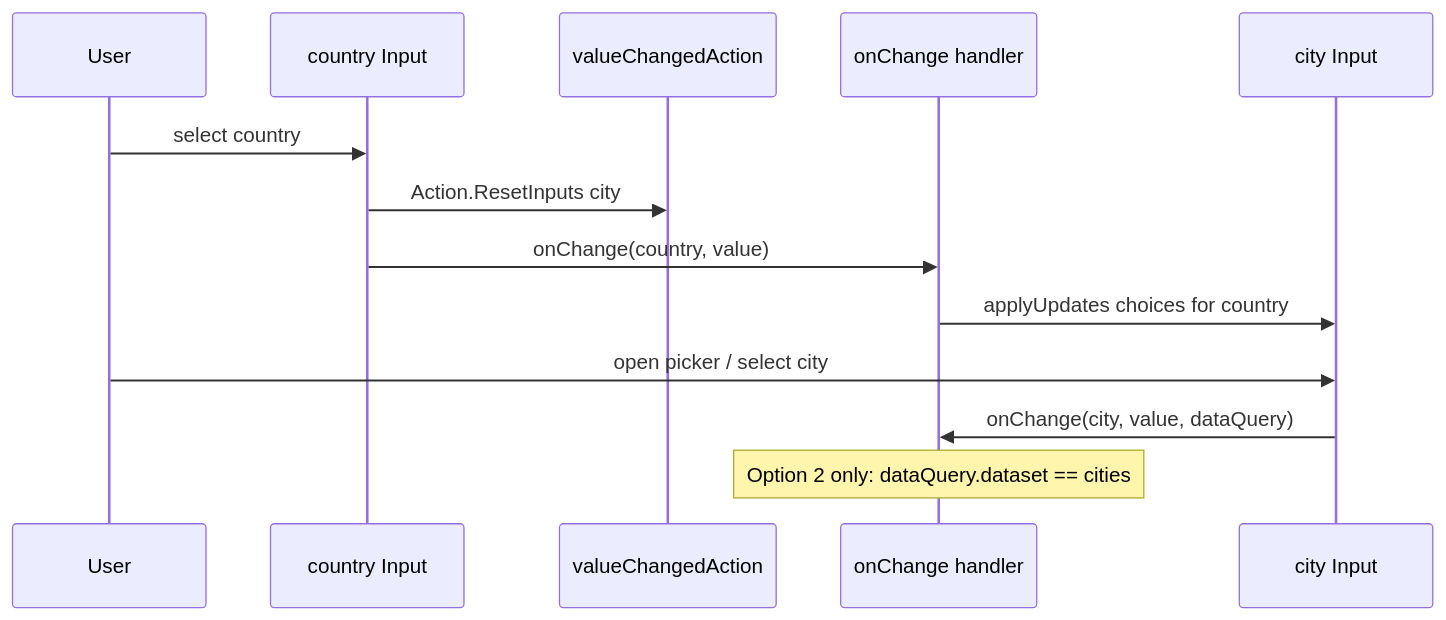
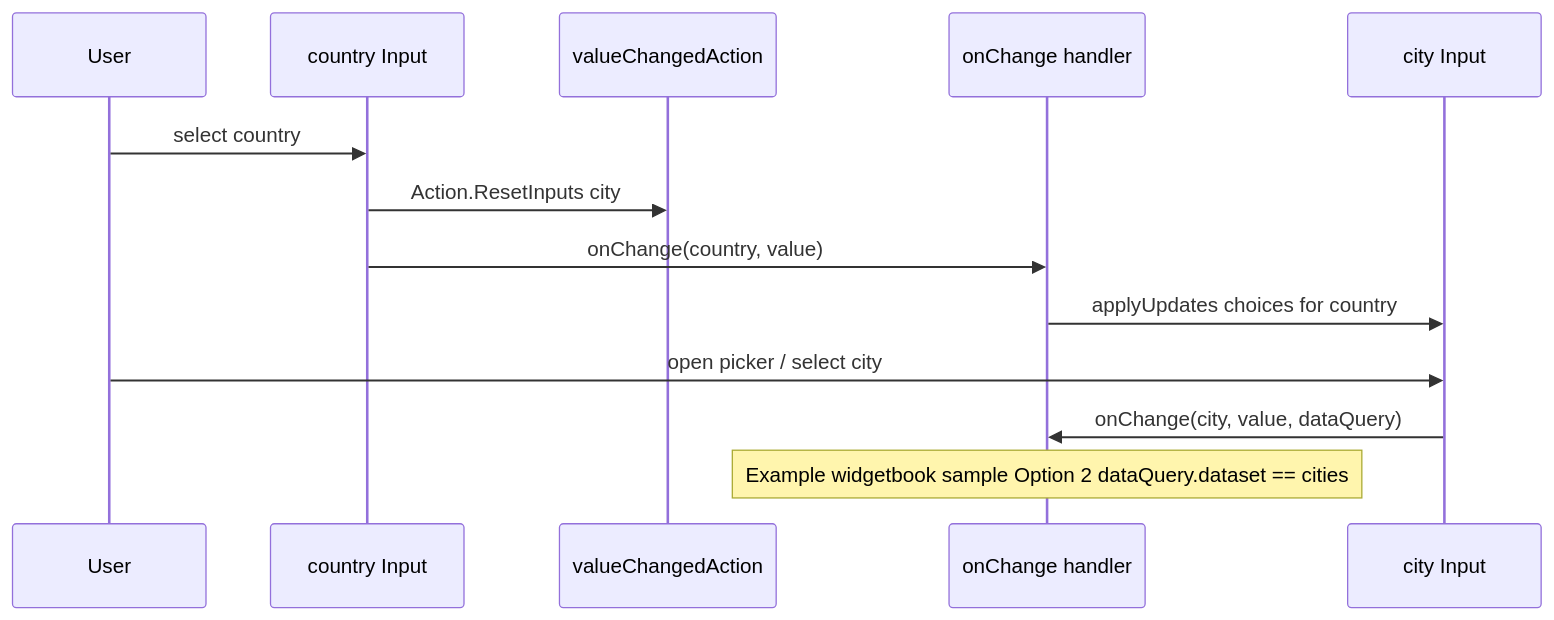
The second of 2 diagrams in docs/form-inputs.md (freemansoft/Flutter-AdaptiveCards), drawn with Mermaid before and after one commit. The commit also changed other lines of this file and 21 other files, not shown here.

````diff
--- a/docs/form-inputs.md
+++ b/docs/form-inputs.md
@@ -84,16 +154,16 @@
 ```mermaid
 sequenceDiagram
   participant User
   participant Country as country Input
   participant Reset as valueChangedAction
   participant Host as onChange handler
   participant City as city Input
 
   User->>Country: select country
   Country->>Reset: Action.ResetInputs city
   Country->>Host: onChange(country, value)
   Host->>City: applyUpdates choices for country
   User->>City: open picker / select city
   City->>Host: onChange(city, value, dataQuery)
-  Note over Host: Option 2 only: dataQuery.dataset == cities
+  Note over Host: Example widgetbook sample Option 2 dataQuery.dataset == cities
 ```
````
